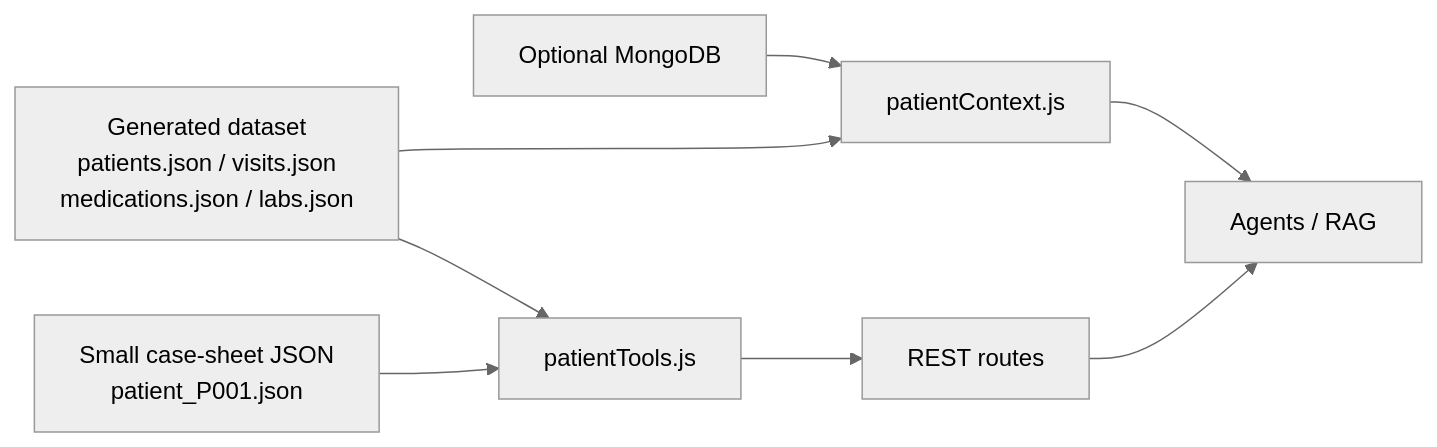
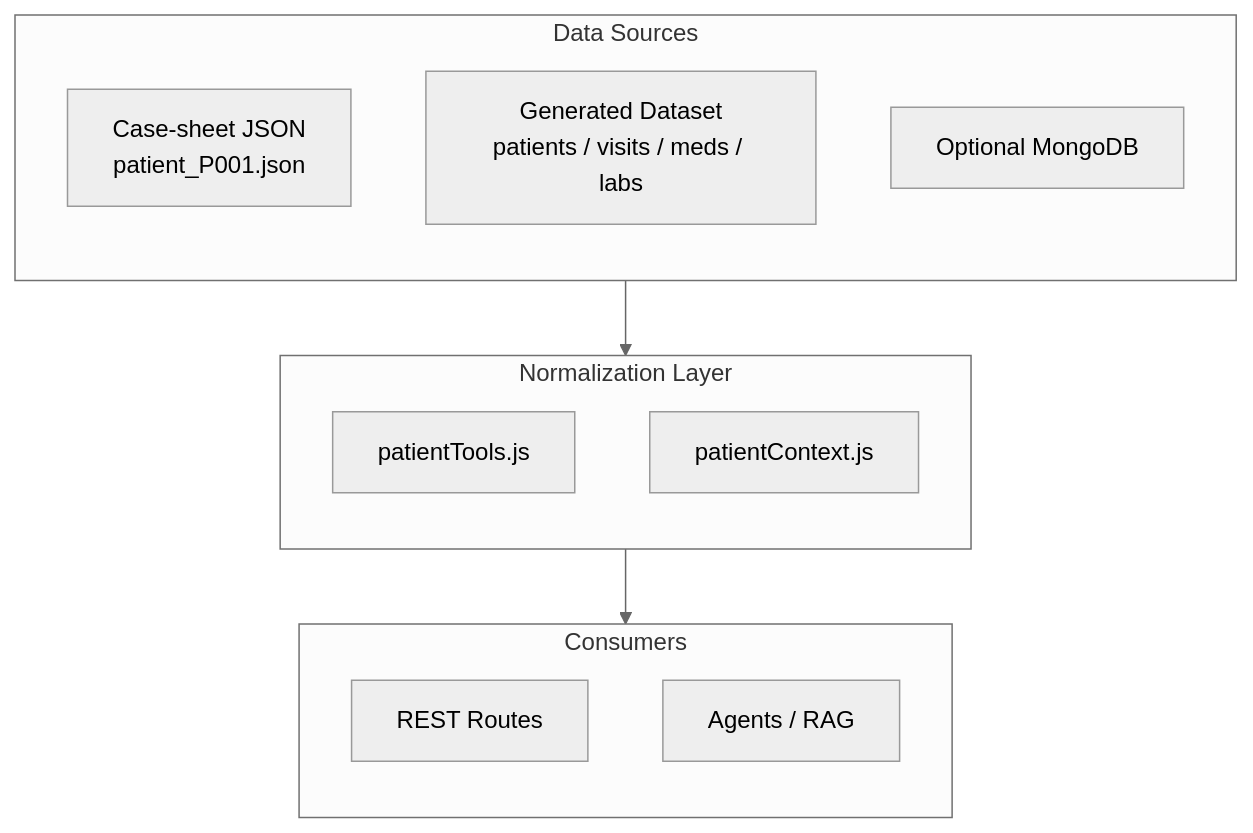
The fifth of 8 diagrams in README.md (dipsitarout/ClinSight), drawn with Mermaid (neutral theme) before and after one commit. The commit also changed other lines of this file, not shown here.

````diff
--- a/README.md
+++ b/README.md
@@ -315,20 +285,25 @@
 ```mermaid
-flowchart LR
-    Case["Small case-sheet JSON\npatient_P001.json"]
-    Dataset["Generated dataset\npatients.json / visits.json\nmedications.json / labs.json"]
-    Mongo["Optional MongoDB"]
+flowchart TB
+    subgraph Sources["Data Sources"]
+        direction TB
+        Case["Case-sheet JSON\npatient_P001.json"]
+        Dataset["Generated Dataset\npatients / visits / meds / labs"]
+        Mongo["Optional MongoDB"]
+    end
 
-    Tools["patientTools.js"]
-    Context["patientContext.js"]
-    Routes["REST routes"]
-    Agents["Agents / RAG"]
+    Sources --> Normalize
 
-    Case --> Tools
-    Dataset --> Tools
-    Dataset --> Context
-    Mongo --> Context
+    subgraph Normalize["Normalization Layer"]
+        direction TB
+        Tools["patientTools.js"]
+        Context["patientContext.js"]
+    end
 
-    Tools --> Routes
-    Context --> Agents
-    Routes --> Agents
+    Normalize --> Consumers
+
+    subgraph Consumers["Consumers"]
+        direction TB
+        Routes["REST Routes"]
+        Agents["Agents / RAG"]
+    end
 ```
````
